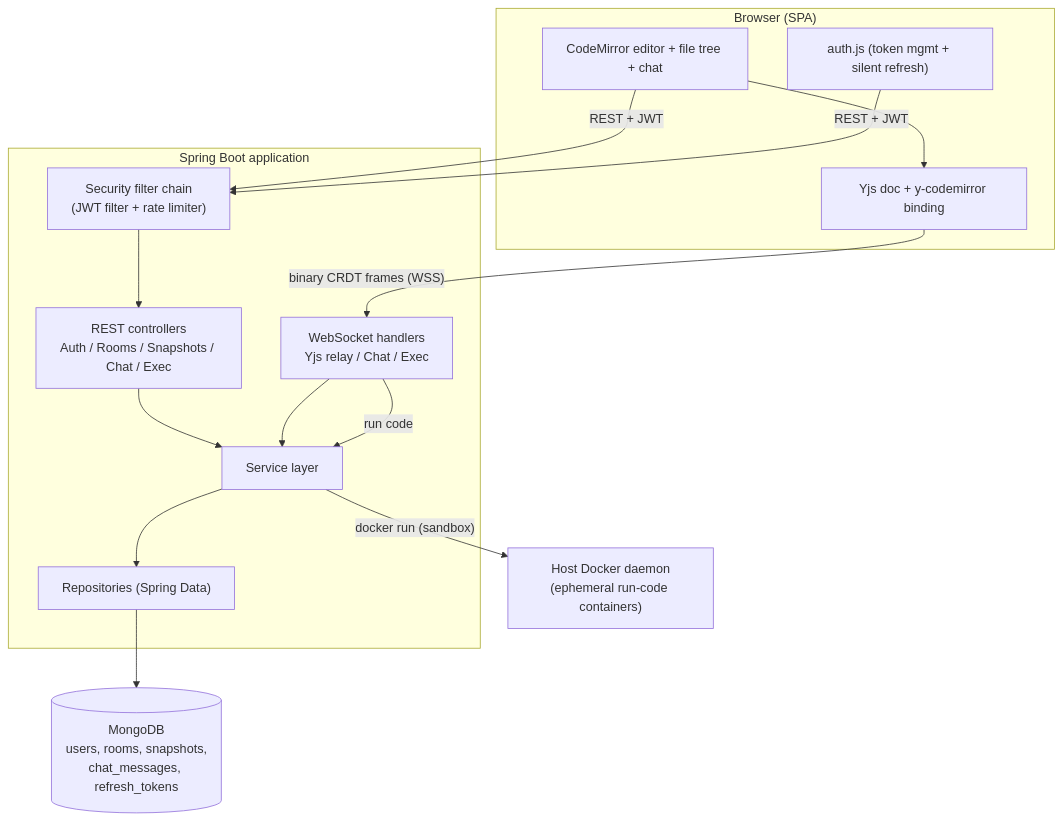
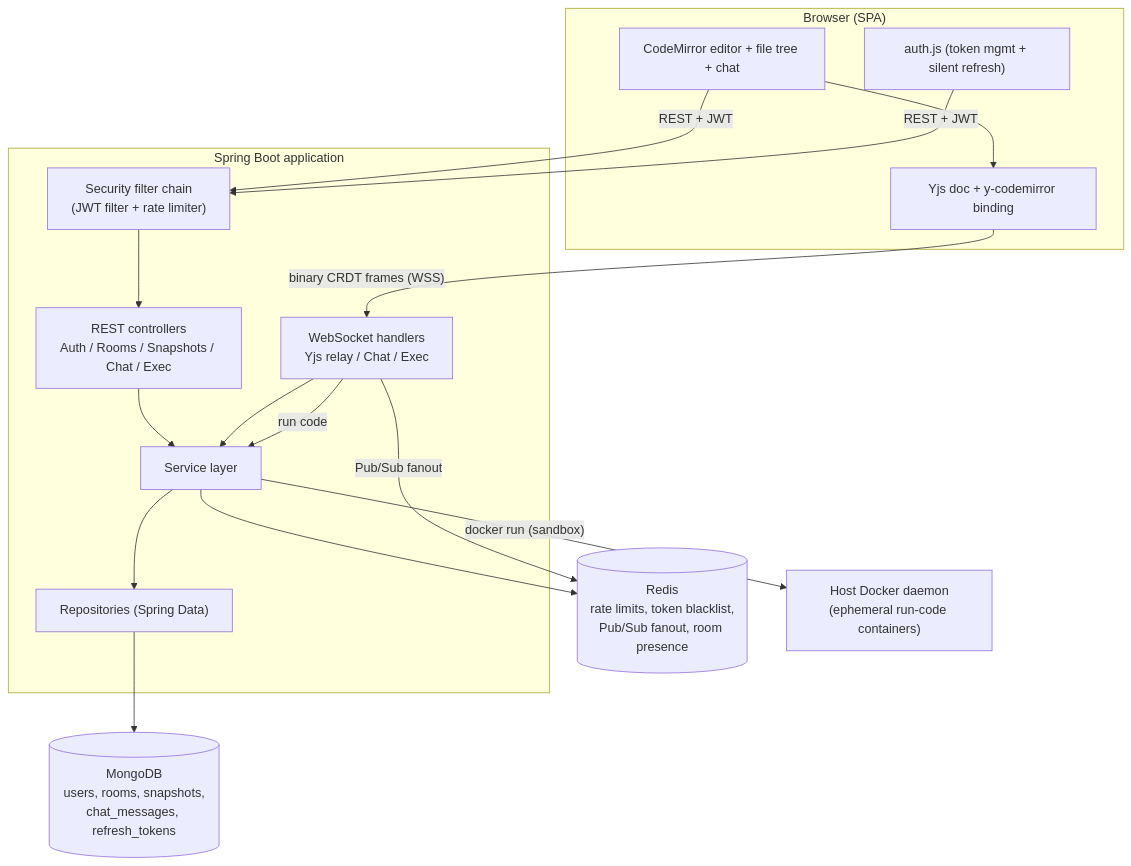
The first of 4 diagrams in README.md (StonerSensei/realtime-editor), drawn with Mermaid before and after one commit. The commit also changed other lines of this file and 1 other file, not shown here.

````diff
--- a/README.md
+++ b/README.md
@@ -42,28 +43,31 @@
 ```mermaid
 graph TB
     subgraph Browser["Browser (SPA)"]
         UI["CodeMirror editor + file tree + chat"]
         YC["Yjs doc + y-codemirror binding"]
         AUTH["auth.js (token mgmt + silent refresh)"]
     end
 
     subgraph Server["Spring Boot application"]
         SEC["Security filter chain<br/>(JWT filter + rate limiter)"]
         REST["REST controllers<br/>Auth / Rooms / Snapshots / Chat / Exec"]
         WS["WebSocket handlers<br/>Yjs relay / Chat / Exec"]
         SVC["Service layer"]
         REPO["Repositories (Spring Data)"]
     end
 
     DB[("MongoDB<br/>users, rooms, snapshots,<br/>chat_messages, refresh_tokens")]
+    REDIS[("Redis<br/>rate limits, token blacklist,<br/>Pub/Sub fanout, room presence")]
     DOCKER["Host Docker daemon<br/>(ephemeral run-code containers)"]
 
     UI --> YC
     YC -- "binary CRDT frames (WSS)" --> WS
     UI -- "REST + JWT" --> SEC
     AUTH -- "REST + JWT" --> SEC
     SEC --> REST --> SVC --> REPO --> DB
     WS --> SVC
     WS -- "run code" --> SVC
     SVC -- "docker run (sandbox)" --> DOCKER
+    SVC --> REDIS
+    WS -- "Pub/Sub fanout" --> REDIS
 ```
````
